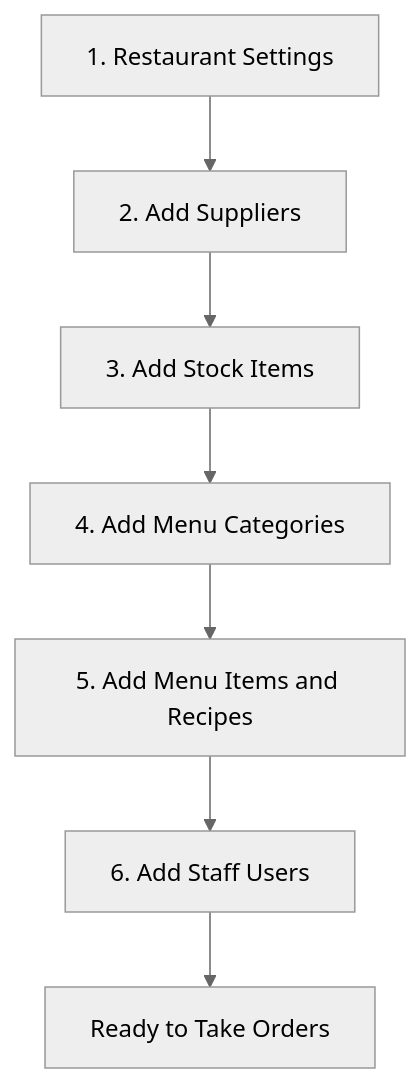
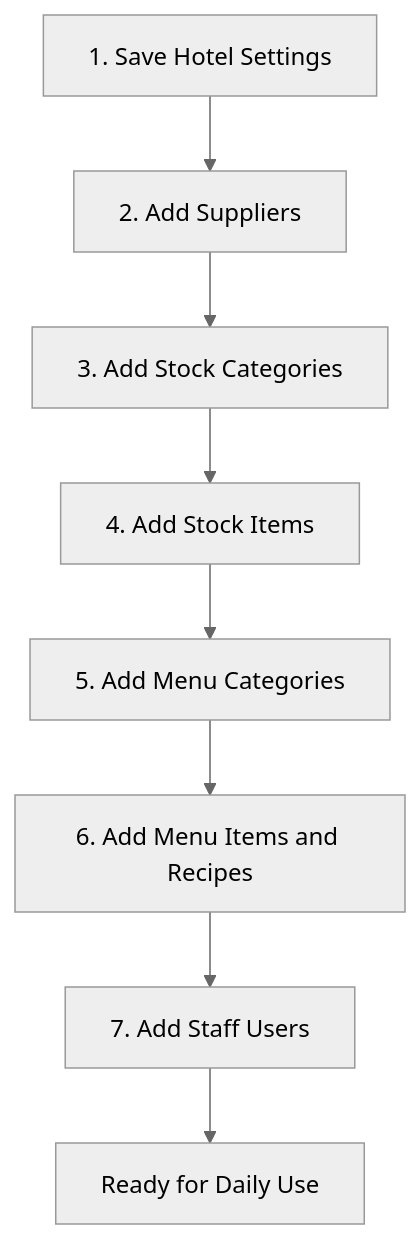
The fourth of 10 diagrams in docs/RESTAURANT_OWNER_GUIDE.md (mohanmaali-dev/Hotel-Anmol-ONE-Frontent), drawn with Mermaid (neutral theme) before and after one commit. The commit also changed other lines of this file and 27 other files, not shown here.

````diff
--- a/docs/RESTAURANT_OWNER_GUIDE.md
+++ b/docs/RESTAURANT_OWNER_GUIDE.md
@@ -46,9 +76,10 @@
 ```mermaid
 flowchart TD
-    A[1. Restaurant Settings] --> B[2. Add Suppliers]
-    B --> C[3. Add Stock Items]
-    C --> D[4. Add Menu Categories]
-    D --> E[5. Add Menu Items and Recipes]
-    E --> F[6. Add Staff Users]
-    F --> G[Ready to Take Orders]
+    A[1. Save Hotel Settings] --> B[2. Add Suppliers]
+    B --> C[3. Add Stock Categories]
+    C --> D[4. Add Stock Items]
+    D --> E[5. Add Menu Categories]
+    E --> F[6. Add Menu Items and Recipes]
+    F --> G[7. Add Staff Users]
+    G --> H[Ready for Daily Use]
 ```
````
